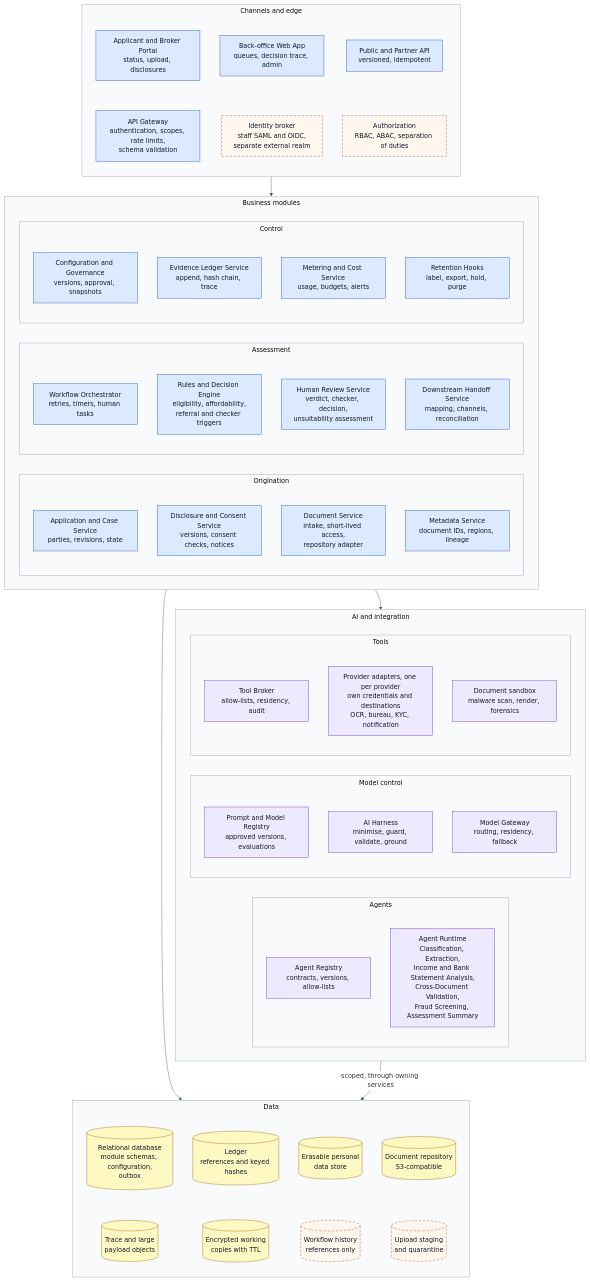
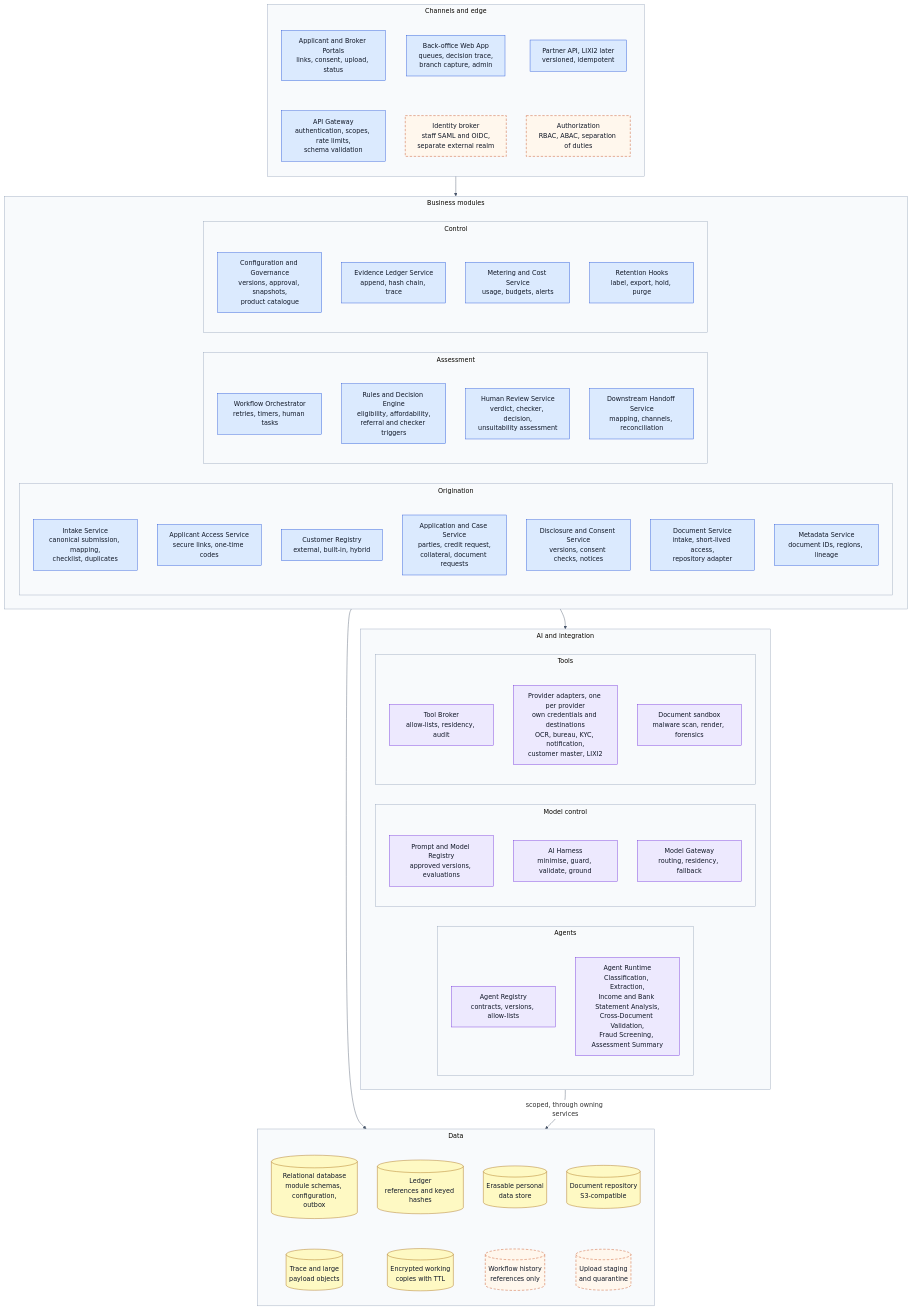
Before and after one commit to pradeepmittal04/creditmAIte: the second of 15 diagrams in ARCHITECTURE_DIAGRAMS.md, drawn with Mermaid. The commit also changed other lines of this file and 19 other files, not shown here.

First line of the commit message:
Add channels and intake design: broker, branch and direct routes

```diff
--- a/ARCHITECTURE_DIAGRAMS.md
+++ b/ARCHITECTURE_DIAGRAMS.md
@@ -111,9 +120,9 @@
 flowchart TB
   subgraph L1["Channels and edge"]
     direction TB
-    C1["Applicant and Broker Portal<br/>status, upload, disclosures"]:::core
-    C2["Back-office Web App<br/>queues, decision trace, admin"]:::core
-    C3["Public and Partner API<br/>versioned, idempotent"]:::core
+    C1["Applicant and Broker Portals<br/>links, consent, upload, status"]:::core
+    C2["Back-office Web App<br/>queues, decision trace,<br/>branch capture, admin"]:::core
+    C3["Partner API, LIXI2 later<br/>versioned, idempotent"]:::core
     C4["API Gateway<br/>authentication, scopes, rate limits,<br/>schema validation"]:::core
     C5["Identity broker<br/>staff SAML and OIDC,<br/>separate external realm"]:::prop
     C6["Authorization<br/>RBAC, ABAC, separation of duties"]:::prop
@@ -126,7 +135,10 @@
     direction LR
     subgraph L2A["Origination"]
       direction TB
-      B1["Application and Case Service<br/>parties, revisions, state"]:::core
+      B0["Intake Service<br/>canonical submission, mapping,<br/>checklist, duplicates"]:::core
+      B0A["Applicant Access Service<br/>secure links, one-time codes"]:::core
+      B0C["Customer Registry<br/>external, built-in, hybrid"]:::core
+      B1["Application and Case Service<br/>parties, credit request,<br/>collateral, document requests"]:::core
       B2["Disclosure and Consent Service<br/>versions, consent checks, notices"]:::core
       B3["Document Service<br/>intake, short-lived access,<br/>repository adapter"]:::core
       B4["Metadata Service<br/>document IDs, regions, lineage"]:::core
@@ -140,7 +152,7 @@
     end
     subgraph L2C["Control"]
       direction TB
-      B9["Configuration and Governance<br/>versions, approval, snapshots"]:::core
+      B9["Configuration and Governance<br/>versions, approval, snapshots,<br/>product catalogue"]:::core
       B10["Evidence Ledger Service<br/>append, hash chain, trace"]:::core
       B11["Metering and Cost Service<br/>usage, budgets, alerts"]:::core
       B12["Retention Hooks<br/>label, export, hold, purge"]:::core
@@ -163,7 +175,7 @@
     subgraph L3C["Tools"]
       direction TB
       A6["Tool Broker<br/>allow-lists, residency, audit"]:::ai
-      A7["Provider adapters, one per provider<br/>own credentials and destinations<br/>OCR, bureau, KYC, notification"]:::ai
+      A7["Provider adapters, one per provider<br/>own credentials and destinations<br/>OCR, bureau, KYC, notification,<br/>customer master, LIXI2"]:::ai
       A8["Document sandbox<br/>malware scan, render, forensics"]:::ai
     end
   end
```
